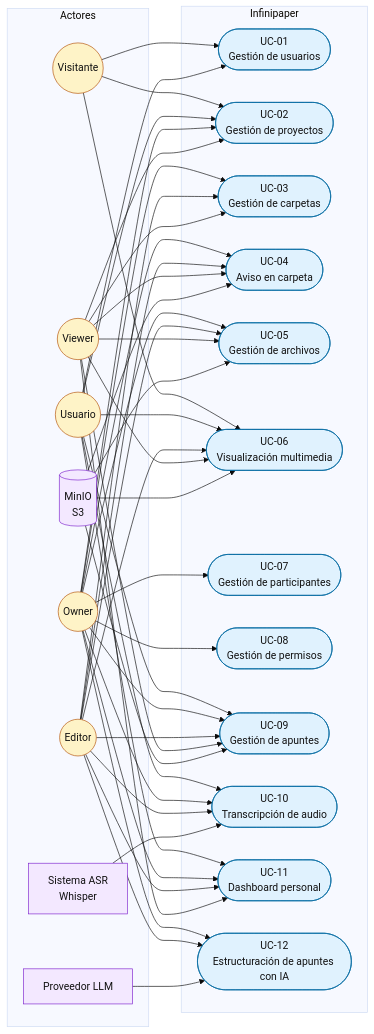
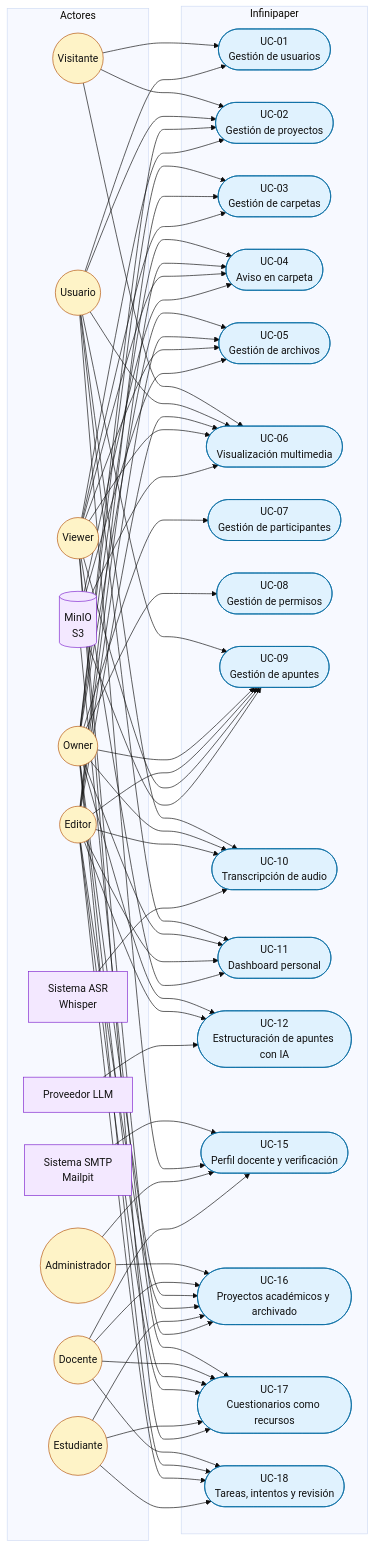
The diagram in docs/sdd/diagramas/casos-de-uso.md (CesarKnight/infinipaper-proy), drawn with Mermaid before and after one commit. The commit also changed other lines of this file and 20 other files, not shown here.

Commit message:
docs: diagramas de las historias 015-018

````diff
--- a/docs/sdd/diagramas/casos-de-uso.md
+++ b/docs/sdd/diagramas/casos-de-uso.md
@@ -15,8 +17,12 @@
     Owner((Owner)):::actor
     Editor((Editor)):::actor
     Viewer((Viewer)):::actor
+    Administrador((Administrador)):::actor
+    Docente((Docente)):::actor
+    Estudiante((Estudiante)):::actor
     Whisper[Sistema ASR<br/>Whisper]:::external
     MinIO[(MinIO<br/>S3)]:::external
+    Mailpit[Sistema SMTP<br/>Mailpit]:::external
     LLM[Proveedor LLM]:::external
   end
 
@@ -33,6 +39,10 @@
     UC10([UC-10<br/>Transcripción de audio]):::usecase
     UC11([UC-11<br/>Dashboard personal]):::usecase
     UC12([UC-12<br/>Estructuración de apuntes con IA]):::usecase
+    UC15([UC-15<br/>Perfil docente y verificación]):::usecase
+    UC16([UC-16<br/>Proyectos académicos y archivado]):::usecase
+    UC17([UC-17<br/>Cuestionarios como recursos]):::usecase
+    UC18([UC-18<br/>Tareas, intentos y revisión]):::usecase
   end
 
   Visitante --> UC01
@@ -79,5 +89,26 @@
   MinIO --> UC05
   MinIO --> UC06
   MinIO --> UC09
+  MinIO --> UC17
+  Mailpit --> UC15
   LLM --> UC12
+
+  Usuario --> UC15
+  Administrador --> UC15
+  Administrador --> UC16
+  Docente --> UC15
+  Docente --> UC16
+  Docente --> UC17
+  Docente --> UC18
+  Owner --> UC16
+  Owner --> UC17
+  Owner --> UC18
+  Editor --> UC16
+  Editor --> UC17
+  Editor --> UC18
+  Estudiante --> UC16
+  Estudiante --> UC17
+  Estudiante --> UC18
+  Viewer --> UC16
+  Viewer --> UC17
 ```
````
